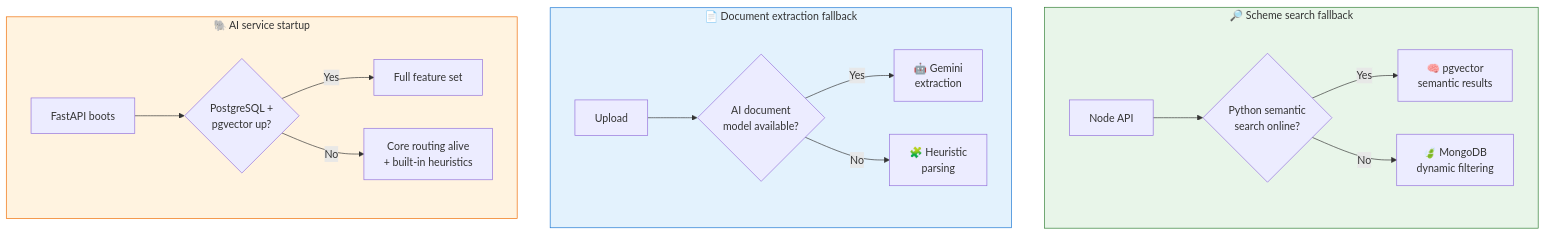
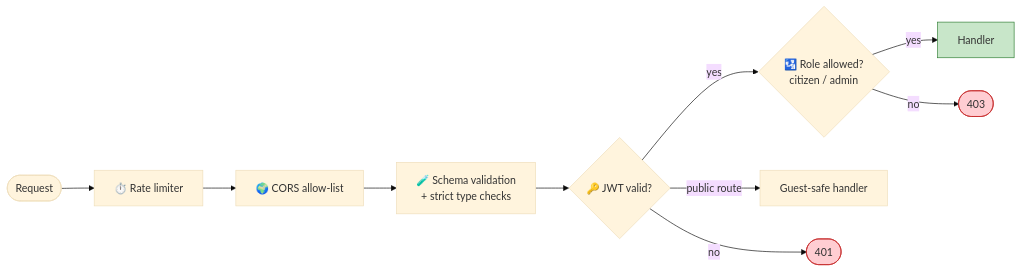
Diagram 19 of 20 in README.md (Akshatsrii/Adhikar), drawn with Mermaid before and after one commit. The commit also changed other lines of this file, not shown here.

````diff
--- a/README.md
+++ b/README.md
@@ -623,27 +861,17 @@
 ```mermaid
-flowchart TB
-    subgraph SEARCH["🔎 Scheme search fallback"]
-        direction LR
-        S1["Node API"] --> S2{"Python semantic<br/>search online?"}
-        S2 -->|"Yes"| S3["🧠 pgvector<br/>semantic results"]
-        S2 -->|"No"| S4["🍃 MongoDB<br/>dynamic filtering"]
-    end
+%%{init: {'theme':'base','themeVariables':{'fontFamily':'Segoe UI, Arial'}}}%%
+flowchart LR
+    R(["Request"]) --> RL["⏱️ Rate limiter"]
+    RL --> CORS["🌍 CORS allow-list"]
+    CORS --> VAL["🧪 Schema validation<br/>+ strict type checks"]
+    VAL --> AUTH{"🔑 JWT valid?"}
+    AUTH -->|"yes"| RBAC{"🛂 Role allowed?<br/>citizen / admin"}
+    AUTH -->|"public route"| PUB["Guest-safe handler"]
+    AUTH -->|"no"| X(["401"])
+    RBAC -->|"yes"| H["Handler"]
+    RBAC -->|"no"| Y(["403"])
 
-    subgraph OCRF["📄 Document extraction fallback"]
-        direction LR
-        O1["Upload"] --> O2{"AI document<br/>model available?"}
-        O2 -->|"Yes"| O3["🤖 Gemini<br/>extraction"]
-        O2 -->|"No"| O4["🧩 Heuristic<br/>parsing"]
-    end
-
-    subgraph DBF["🐘 AI service startup"]
-        direction LR
-        D1["FastAPI boots"] --> D2{"PostgreSQL +<br/>pgvector up?"}
-        D2 -->|"Yes"| D3["Full feature set"]
-        D2 -->|"No"| D4["Core routing alive<br/>+ built-in heuristics"]
-    end
-
-    style SEARCH fill:#e8f5e9,stroke:#2e7d32
-    style OCRF fill:#e3f2fd,stroke:#1976d2
-    style DBF fill:#fff3e0,stroke:#ef6c00
+    style X fill:#ffcdd2,stroke:#c62828
+    style Y fill:#ffcdd2,stroke:#c62828
+    style H fill:#c8e6c9,stroke:#2e7d32
 ```
````
